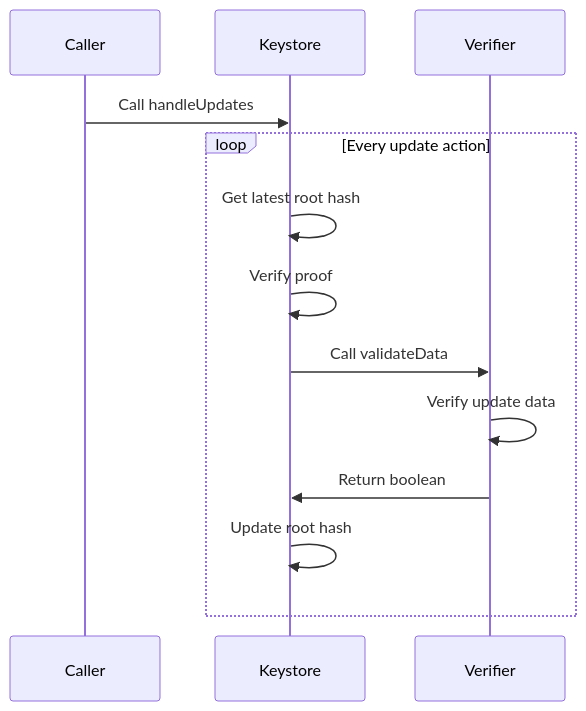
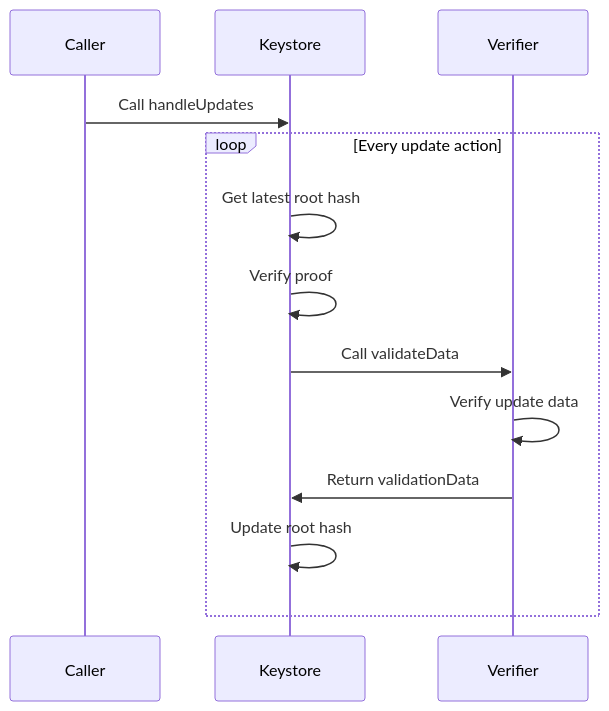
One commit to stackup-wallet/keystore changed the second of 3 diagrams in doc/spec.md. Above: the diagram before and after it, drawn with Mermaid. The commit also changed other lines of this file and 9 other files, not shown here.

````diff
--- a/doc/spec.md
+++ b/doc/spec.md
@@ -149,12 +149,12 @@
 ```mermaid
 sequenceDiagram
     Caller->>Keystore: Call handleUpdates
     loop Every update action
         Keystore->>Keystore: Get latest root hash
         Keystore->>Keystore: Verify proof
         Keystore->>Verifier: Call validateData
         Verifier->>Verifier: Verify update data
-        Verifier->>Keystore: Return boolean
+        Verifier->>Keystore: Return validationData
         Keystore->>Keystore: Update root hash
     end
 ```
````
